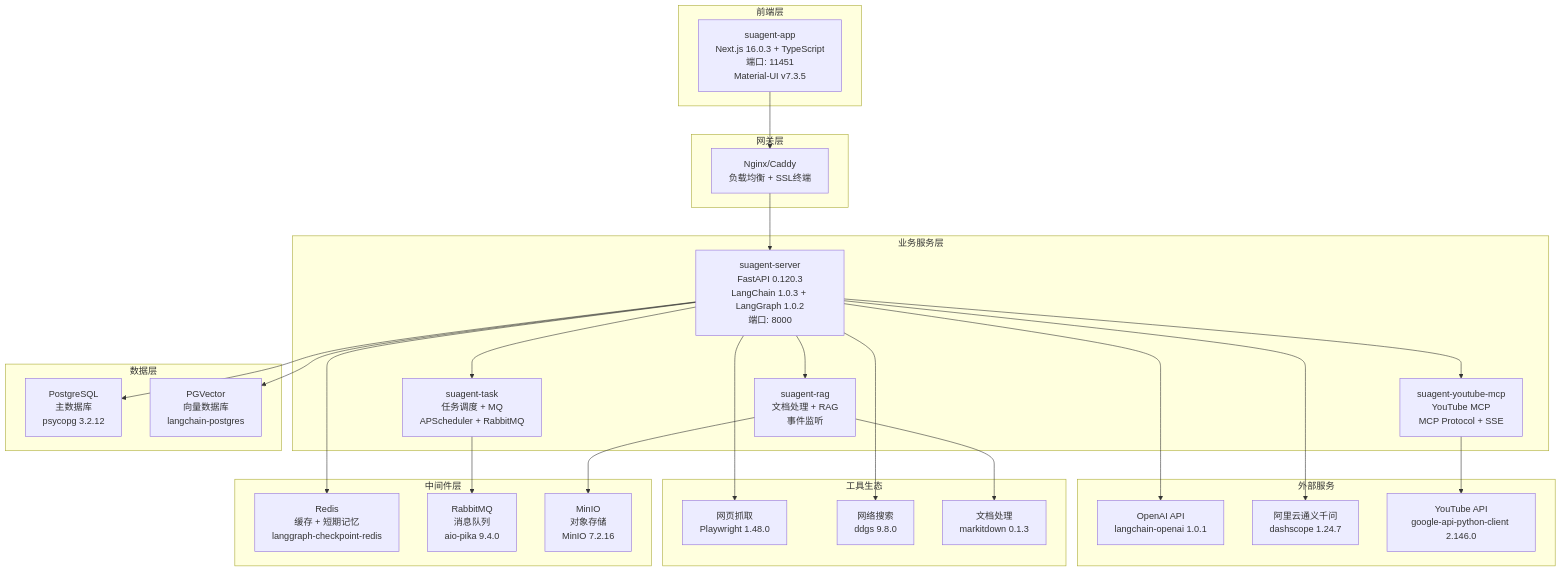
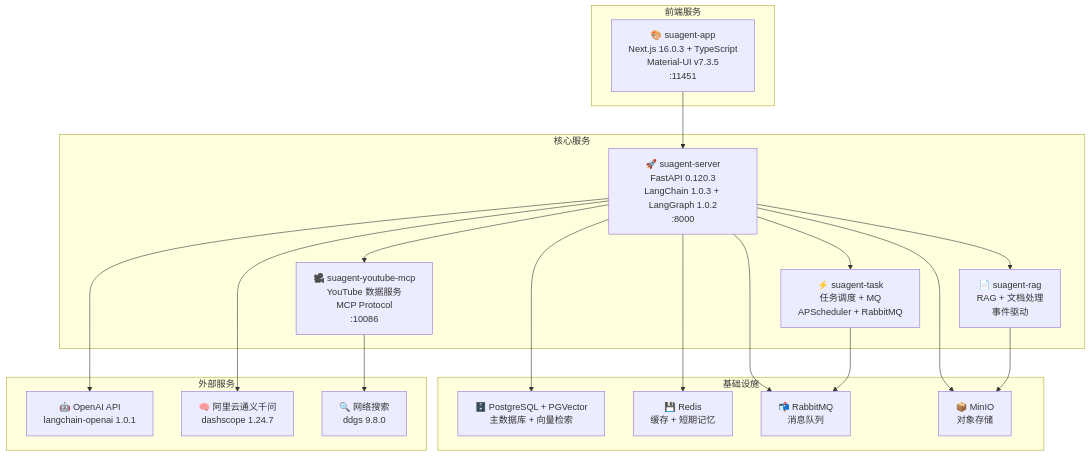
Before and after one commit to ppxinashin/fenq-super-agent: the diagram in README.md, drawn with Mermaid. The commit also changed other lines of this file and 7 other files, not shown here.

````diff
--- a/README.md
+++ b/README.md
@@ -57,57 +40,40 @@
 ```mermaid
 graph TB
-    subgraph "前端层"
-        A[suagent-app<br/>Next.js 16.0.3 + TypeScript<br/>端口: 11451<br/>Material-UI v7.3.5]
+    subgraph "前端服务"
+        A[🎨 suagent-app<br/>Next.js 16.0.3 + TypeScript<br/>Material-UI v7.3.5<br/>:11451]
     end
 
-    subgraph "网关层"
-        B[Nginx/Caddy<br/>负载均衡 + SSL终端]
+    subgraph "核心服务"
+        B[🚀 suagent-server<br/>FastAPI 0.120.3<br/>LangChain 1.0.3 + LangGraph 1.0.2<br/>:8000]
+        C[📄 suagent-rag<br/>RAG + 文档处理<br/>事件驱动]
+        D[⚡ suagent-task<br/>任务调度 + MQ<br/>APScheduler + RabbitMQ]
+        E[🎥 suagent-youtube-mcp<br/>YouTube 数据服务<br/>MCP Protocol<br/>:10086]
     end
 
-    subgraph "业务服务层"
-        C[suagent-server<br/>FastAPI 0.120.3<br/>LangChain 1.0.3 + LangGraph 1.0.2<br/>端口: 8000]
-        D[suagent-rag<br/>文档处理 + RAG<br/>事件监听]
-        E[suagent-task<br/>任务调度 + MQ<br/>APScheduler + RabbitMQ]
-        F[suagent-youtube-mcp<br/>YouTube MCP<br/>MCP Protocol + SSE]
-    end
-
-    subgraph "中间件层"
-        G[Redis<br/>缓存 + 短期记忆<br/>langgraph-checkpoint-redis]
-        H[RabbitMQ<br/>消息队列<br/>aio-pika 9.4.0]
-        I[MinIO<br/>对象存储<br/>MinIO 7.2.16]
-    end
-
-    subgraph "数据层"
-        J[PostgreSQL<br/>主数据库<br/>psycopg 3.2.12]
-        K[PGVector<br/>向量数据库<br/>langchain-postgres]
+    subgraph "基础设施"
+        F[🗄️ PostgreSQL + PGVector<br/>主数据库 + 向量检索]
+        G[💾 Redis<br/>缓存 + 短期记忆]
+        H[📬 RabbitMQ<br/>消息队列]
+        I[📦 MinIO<br/>对象存储]
     end
 
     subgraph "外部服务"
-        L[OpenAI API<br/>langchain-openai 1.0.1]
-        M[阿里云通义千问<br/>dashscope 1.24.7]
-        N[YouTube API<br/>google-api-python-client 2.146.0]
-    end
-
-    subgraph "工具生态"
-        O[网页抓取<br/>Playwright 1.48.0]
-        P[网络搜索<br/>ddgs 9.8.0]
-        Q[文档处理<br/>markitdown 0.1.3]
+        J[🤖 OpenAI API<br/>langchain-openai 1.0.1]
+        K[🧠 阿里云通义千问<br/>dashscope 1.24.7]
+        L[🔍 网络搜索<br/>ddgs 9.8.0]
     end
 
     A --> B
     B --> C
-    C --> D
-    C --> E
-    C --> F
-    C --> G
-    C --> J
-    C --> K
-    C --> O
-    C --> P
-    C --> L
-    C --> M
-    D --> I
-    D --> Q
-    E --> H
-    F --> N
+    B --> D
+    B --> E
+    B --> F
+    B --> G
+    B --> H
+    B --> I
+    B --> J
+    B --> K
+    C --> I
+    E --> L
+    D --> H
 ```
````
